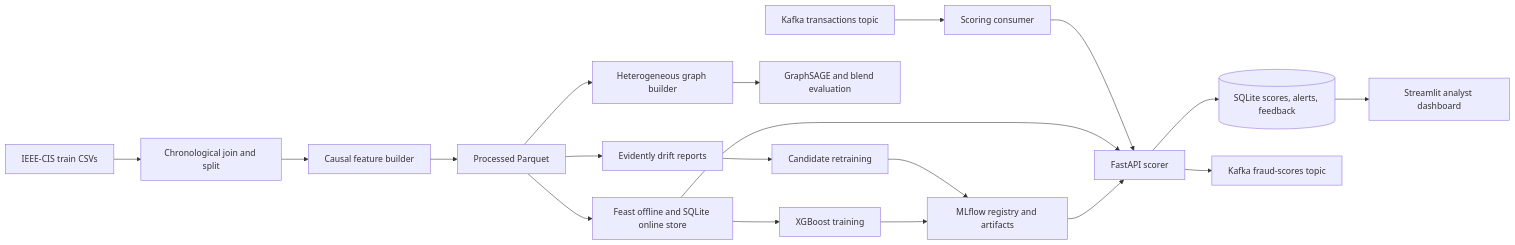
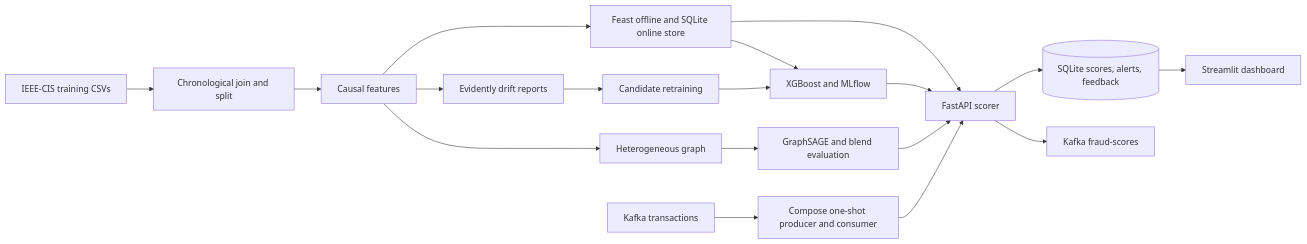
Before and after one commit to Arjun-Sai-Charan/aiml-capstone: the diagram in README.md, drawn with Mermaid. The commit also changed other lines of this file and 7 other files, not shown here.

````diff
--- a/README.md
+++ b/README.md
@@ -7,21 +13,20 @@
 ```mermaid
 flowchart LR
-  CSV[IEEE-CIS train CSVs] --> PREP[Chronological join and split]
-  PREP --> FEAT[Causal feature builder]
-  FEAT --> PARQ[Processed Parquet]
-  PARQ --> FEAST[Feast offline and SQLite online store]
-  FEAST --> XGB[XGBoost training]
-  XGB --> MLF[MLflow registry and artifacts]
-  PARQ --> GRAPH[Heterogeneous graph builder]
+  CSV[IEEE-CIS training CSVs] --> PREP[Chronological join and split]
+  PREP --> FEAT[Causal features]
+  FEAT --> FEAST[Feast offline and SQLite online store]
+  FEAST --> XGB[XGBoost and MLflow]
+  FEAT --> GRAPH[Heterogeneous graph]
   GRAPH --> GNN[GraphSAGE and blend evaluation]
-  MLF --> SCORE[FastAPI scorer]
-  FEAST --> SCORE
-  KAFKA[Kafka transactions topic] --> CONSUMER[Scoring consumer]
-  CONSUMER --> SCORE
-  SCORE --> DB[(SQLite scores, alerts, feedback)]
-  SCORE --> OUT[Kafka fraud-scores topic]
-  DB --> DASH[Streamlit analyst dashboard]
-  PARQ --> DRIFT[Evidently drift reports]
-  DRIFT --> RETRAIN[Candidate retraining]
-  RETRAIN --> MLF
+  KAFKA[Kafka transactions] --> CONSUMER[Compose one-shot producer and consumer]
+  FEAST --> API[FastAPI scorer]
+  XGB --> API
+  GNN --> API
+  CONSUMER --> API
+  API --> DB[(SQLite scores, alerts, feedback)]
+  API --> OUT[Kafka fraud-scores]
+  DB --> DASH[Streamlit dashboard]
+  FEAT --> EVID[Evidently drift reports]
+  EVID --> RETRAIN[Candidate retraining]
+  RETRAIN --> XGB
 ```
````
